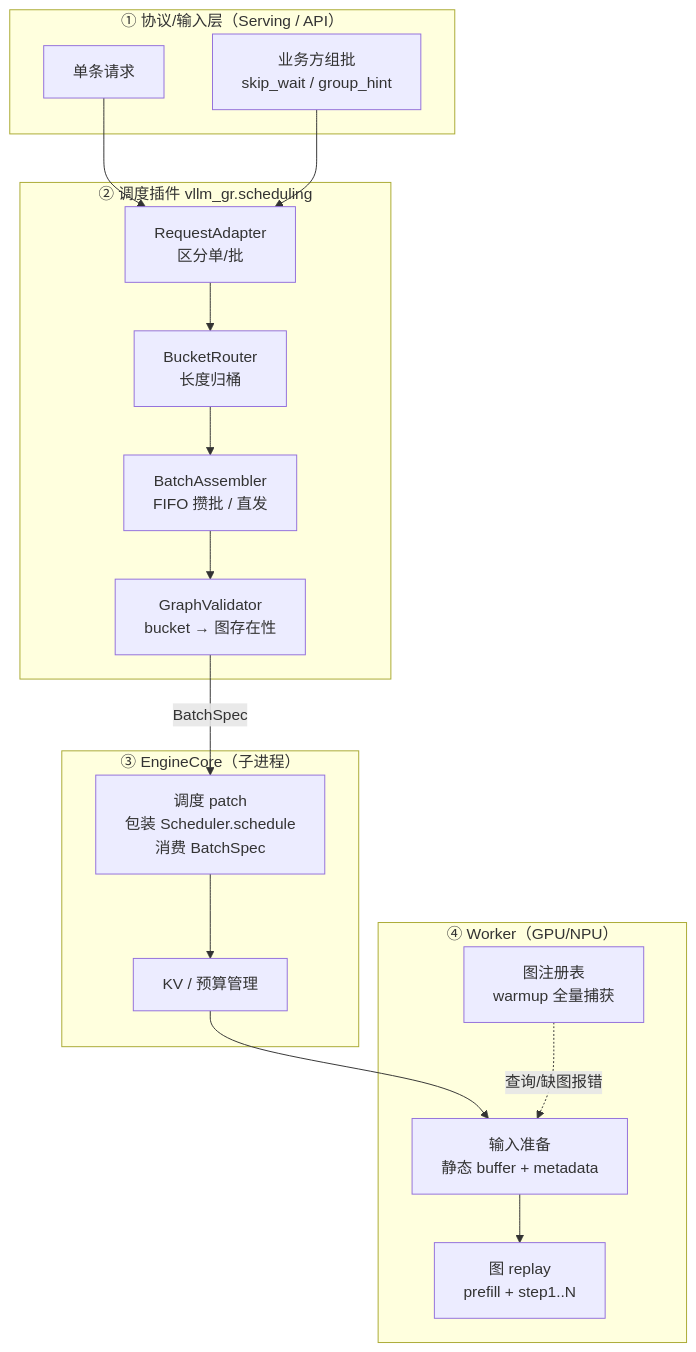
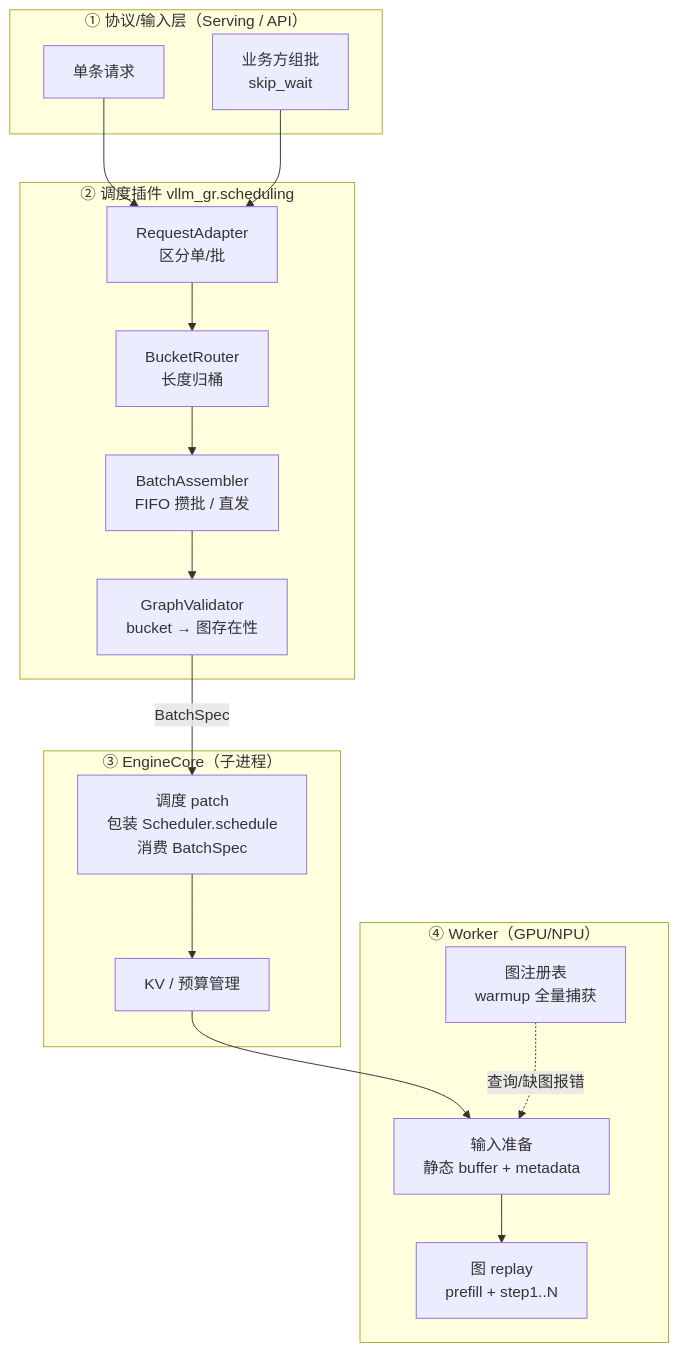
Before and after one commit to ZhiYunpenghuawei/p1: the second of 9 diagrams in scheduler_plugin_architecture.md, drawn with Mermaid. The commit also changed other lines of this file, not shown here.

````diff
--- a/scheduler_plugin_architecture.md
+++ b/scheduler_plugin_architecture.md
@@ -110,27 +110,27 @@
 ```mermaid
 flowchart TD
     subgraph L1["① 协议/输入层（Serving / API）"]
         S1[单条请求]
-        S2[业务方组批<br>skip_wait / group_hint]
+        S2[业务方组批<br>skip_wait]
     end
     subgraph L2["② 调度插件 vllm_gr.scheduling"]
         A[RequestAdapter<br>区分单/批]
         B[BucketRouter<br>长度归桶]
         C[BatchAssembler<br>FIFO 攒批 / 直发]
         V[GraphValidator<br>bucket → 图存在性]
     end
     subgraph L3["③ EngineCore（子进程）"]
         SCH[调度 patch<br>包装 Scheduler.schedule<br>消费 BatchSpec]
         M[KV / 预算管理]
     end
     subgraph L4["④ Worker（GPU/NPU）"]
         P[输入准备<br>静态 buffer + metadata]
         G[图注册表<br>warmup 全量捕获]
         R[图 replay<br>prefill + step1..N]
     end
 
     S1 --> A
     S2 --> A
     A --> B --> C --> V -->|BatchSpec| SCH --> M --> P --> R
     G -. 查询/缺图报错 .-> P
 ```
````
